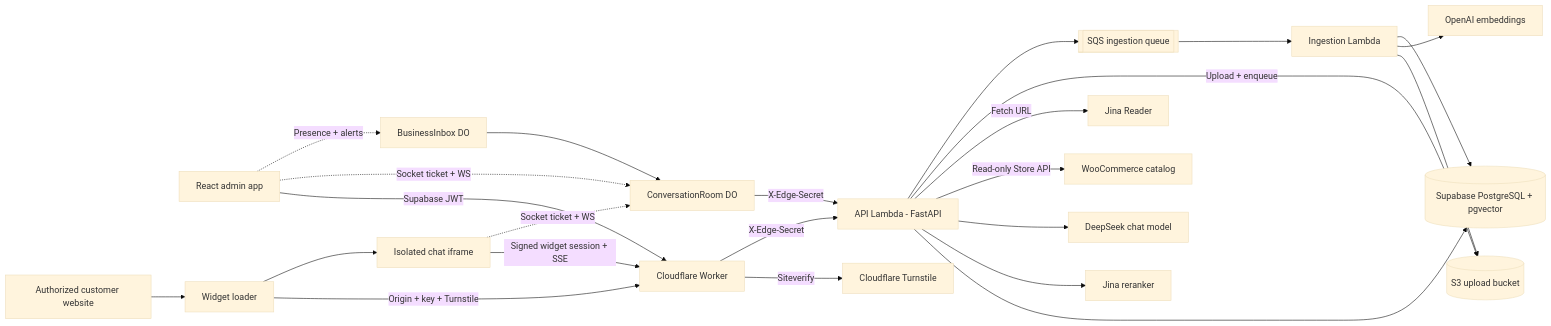
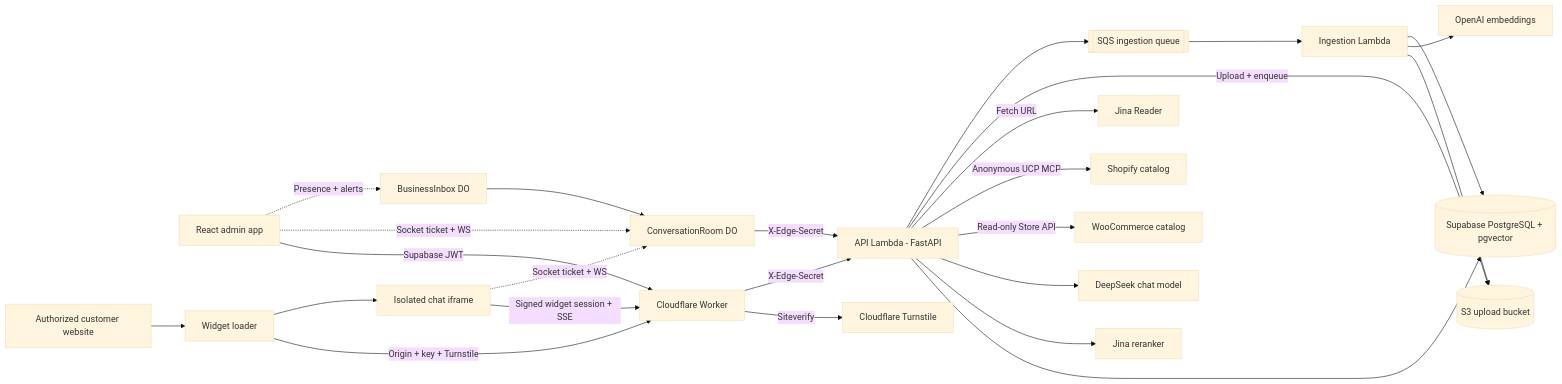
Before and after one commit to spapafot/frontdesk: the diagram in README.md, drawn with Mermaid (base theme). The commit also changed other lines of this file and 25 other files, not shown here.

````diff
--- a/README.md
+++ b/README.md
@@ -77,26 +87,27 @@
 ```mermaid
 flowchart LR
     Admin[React admin app] -->|Supabase JWT| Edge[Cloudflare Worker]
     Site[Authorized customer website] --> Loader[Widget loader]
     Loader -->|Origin + key + Turnstile| Edge
     Loader --> Iframe[Isolated chat iframe]
     Iframe -->|Signed widget session + SSE| Edge
     Iframe -.->|Socket ticket + WS| Room[ConversationRoom DO]
     Admin -.->|Socket ticket + WS| Room
     Admin -.->|Presence + alerts| Inbox[BusinessInbox DO]
     Room -->|X-Edge-Secret| API
     Inbox --> Room
     Edge -->|Siteverify| TS[Cloudflare Turnstile]
     Edge -->|X-Edge-Secret| API[API Lambda - FastAPI]
     API --> DB[(Supabase PostgreSQL + pgvector)]
     API --> Rerank[Jina reranker]
     API --> Chat[DeepSeek chat model]
     API -->|Read-only Store API| Woo[WooCommerce catalog]
+    API -->|Anonymous UCP MCP| Shopify[Shopify catalog]
     API -->|Fetch URL| Reader[Jina Reader]
     API -->|Upload + enqueue| S3[(S3 upload bucket)]
     API --> Queue[[SQS ingestion queue]]
     Queue --> Ingest[Ingestion Lambda]
     Ingest --> S3
     Ingest --> Embed[OpenAI embeddings]
     Ingest --> DB
 ```
````
